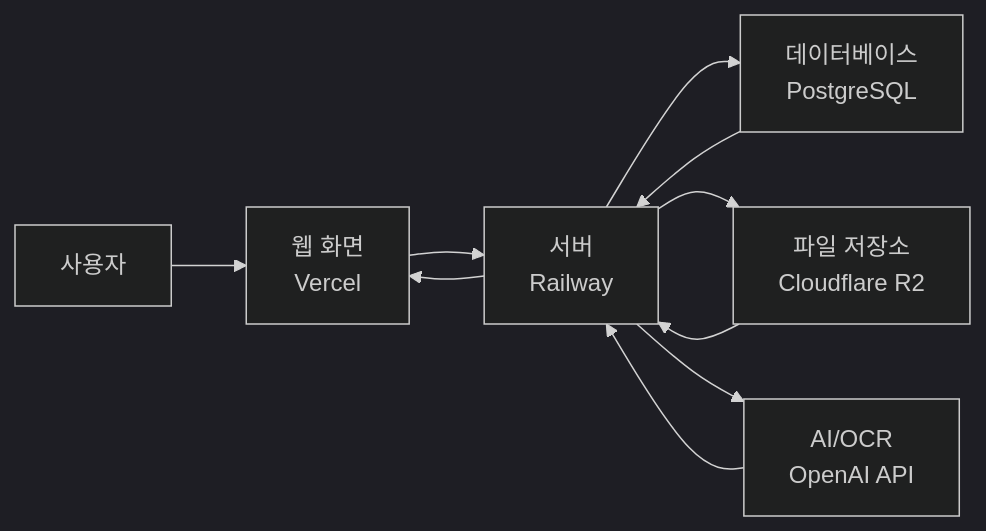
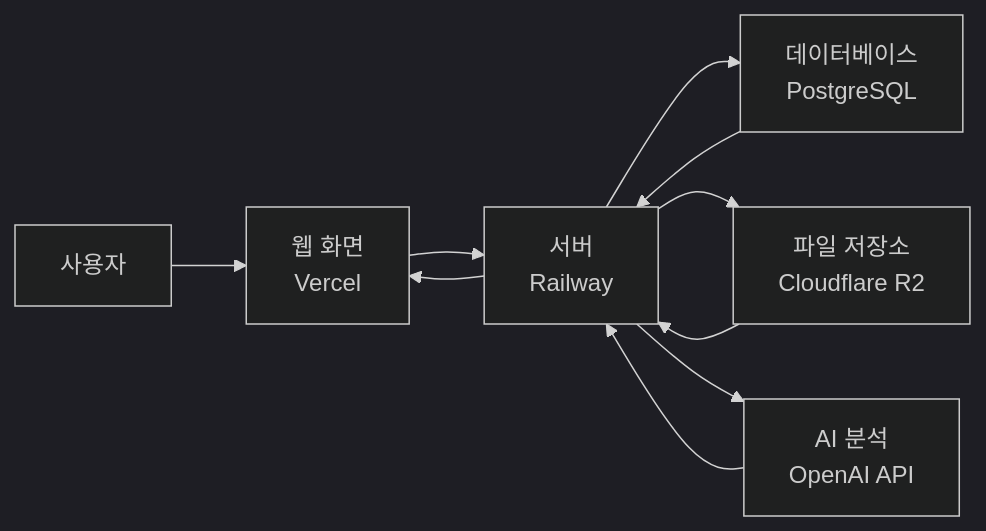
One commit to cv019229-dev/AI-CM- changed the second of 2 diagrams in README.md. Above: the diagram before and after it, drawn with Mermaid (dark theme). The commit also changed other lines of this file and 2 other files, not shown here.

````diff
--- a/README.md
+++ b/README.md
@@ -105,13 +135,13 @@
 ```mermaid
 flowchart LR
   user["사용자"] --> web["웹 화면<br/>Vercel"]
   web --> api["서버<br/>Railway"]
   api --> db["데이터베이스<br/>PostgreSQL"]
   api --> storage["파일 저장소<br/>Cloudflare R2"]
-  api --> openai["AI/OCR<br/>OpenAI API"]
+  api --> openai["AI 분석<br/>OpenAI API"]
 
+  storage --> api
   db --> api
-  storage --> api
   openai --> api
   api --> web
 ```
````
